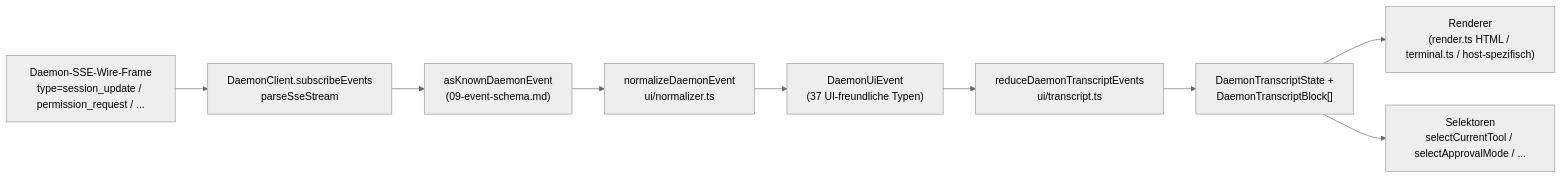
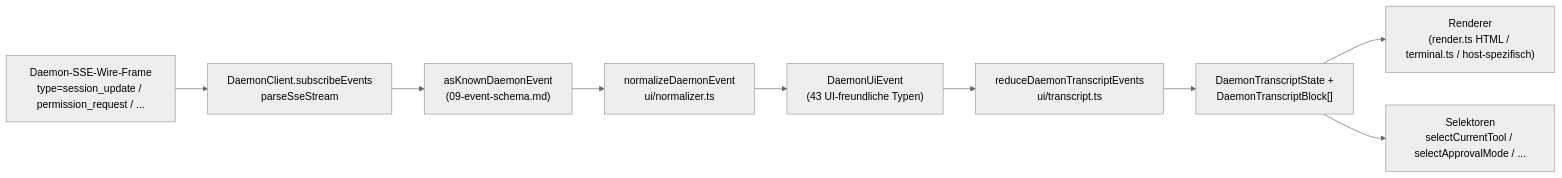
The diagram in website/content/de/developers/daemon/14-cli-tui-adapter.md (QwenLM/qwen-code-docs), drawn with Mermaid (neutral theme) before and after one commit. The commit also changed other lines of this file and 94 other files, not shown here.

````diff
--- a/website/content/de/developers/daemon/14-cli-tui-adapter.md
+++ b/website/content/de/developers/daemon/14-cli-tui-adapter.md
@@ -114,12 +114,12 @@
 ```mermaid
 flowchart LR
     A["Daemon-SSE-Wire-Frame<br/>type=session_update / permission_request / ..."]
     A --> B["DaemonClient.subscribeEvents<br/>parseSseStream"]
     B --> C["asKnownDaemonEvent<br/>(09-event-schema.md)"]
     C --> D["normalizeDaemonEvent<br/>ui/normalizer.ts"]
-    D --> E["DaemonUiEvent<br/>(37 UI-freundliche Typen)"]
+    D --> E["DaemonUiEvent<br/>(43 UI-freundliche Typen)"]
     E --> F["reduceDaemonTranscriptEvents<br/>ui/transcript.ts"]
     F --> G["DaemonTranscriptState +<br/>DaemonTranscriptBlock[]"]
     G --> H["Renderer<br/>(render.ts HTML / terminal.ts / host-spezifisch)"]
     G --> I["Selektoren<br/>selectCurrentTool / selectApprovalMode / ..."]
 ```
````
